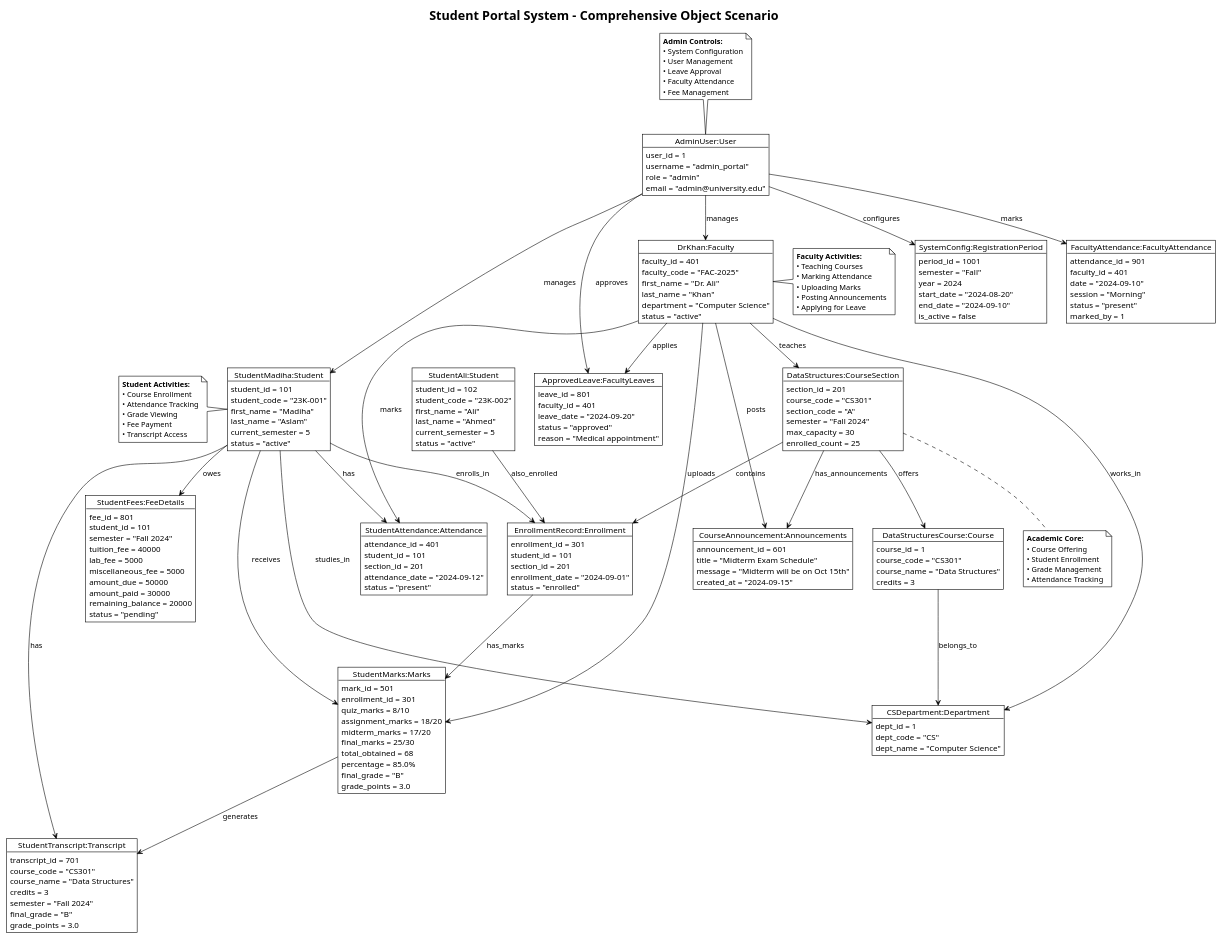
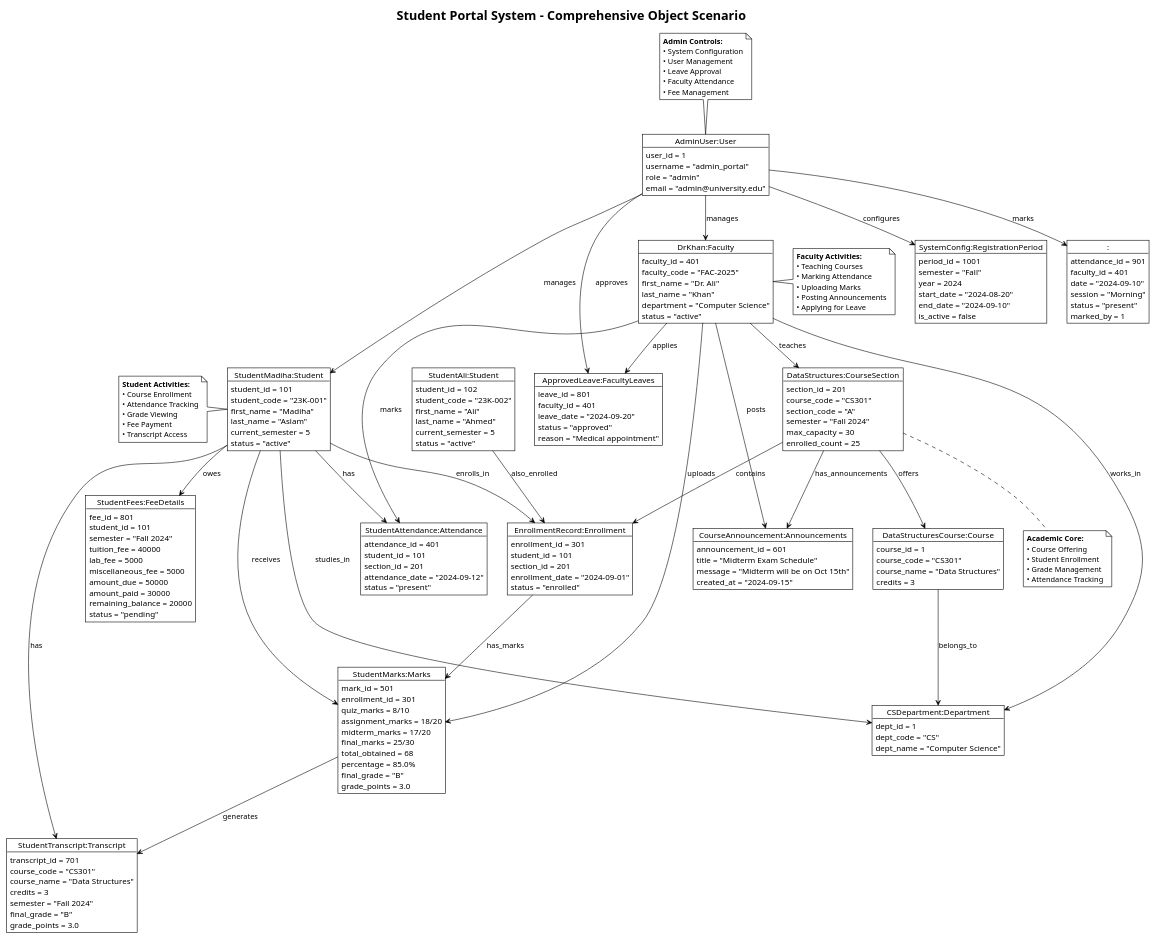
One commit to Xain1501/NotFlexStudentPortal changed the diagram in Documents and Diagrams/NotFlexUmlDiagrams/ObjectDiagram/ObjectDiagram.puml. Above: the diagram before and after it, drawn with PlantUML. The commit also changed 114 other files, not shown here.

```diff
--- a/Documents and Diagrams/NotFlexUmlDiagrams/ObjectDiagram/ObjectDiagram.puml
+++ b/Documents and Diagrams/NotFlexUmlDiagrams/ObjectDiagram/ObjectDiagram.puml
@@ -21,7 +21,7 @@
   is_active = false
 }
 
-object "FacultyAttendance:FacultyAttendance" as FacAtt {
+object " : " as FacAtt {
   attendance_id = 901
   faculty_id = 401
   date = "2024-09-10"
```
